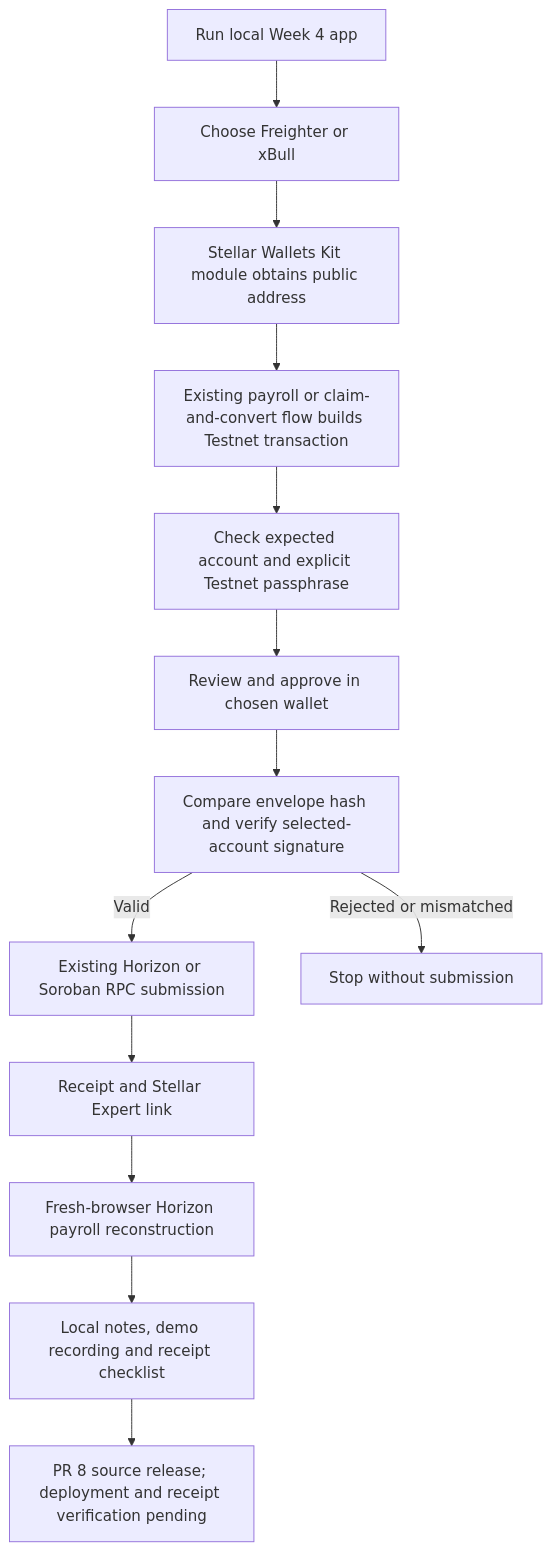
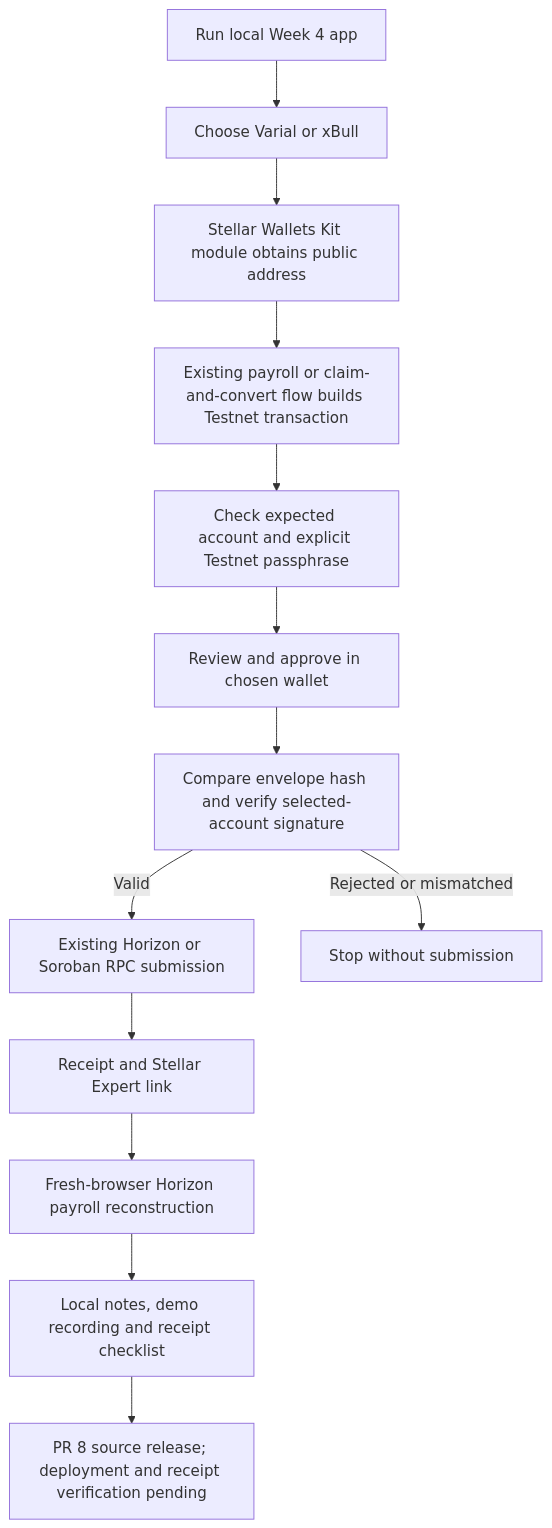
One commit to mrHeinrichh/sweldo changed the diagram in docs/week-4-wallets-demo.md. Above: the diagram before and after it, drawn with Mermaid. The commit also changed other lines of this file and 62 other files, not shown here.

````diff
--- a/docs/week-4-wallets-demo.md
+++ b/docs/week-4-wallets-demo.md
@@ -25,15 +25,15 @@
 ```mermaid
 flowchart TD
-    A[Run local Week 4 app] --> B[Choose Freighter or xBull]
+    A[Run local Week 4 app] --> B[Choose Varial or xBull]
     B --> C[Stellar Wallets Kit module obtains public address]
     C --> D[Existing payroll or claim-and-convert flow builds Testnet transaction]
     D --> E[Check expected account and explicit Testnet passphrase]
     E --> F[Review and approve in chosen wallet]
     F --> G[Compare envelope hash and verify selected-account signature]
     G -->|Valid| H[Existing Horizon or Soroban RPC submission]
     G -->|Rejected or mismatched| I[Stop without submission]
     H --> J[Receipt and Stellar Expert link]
     J --> K[Fresh-browser Horizon payroll reconstruction]
     K --> L[Local notes, demo recording and receipt checklist]
     L --> M[PR 8 source release; deployment and receipt verification pending]
 ```
````
